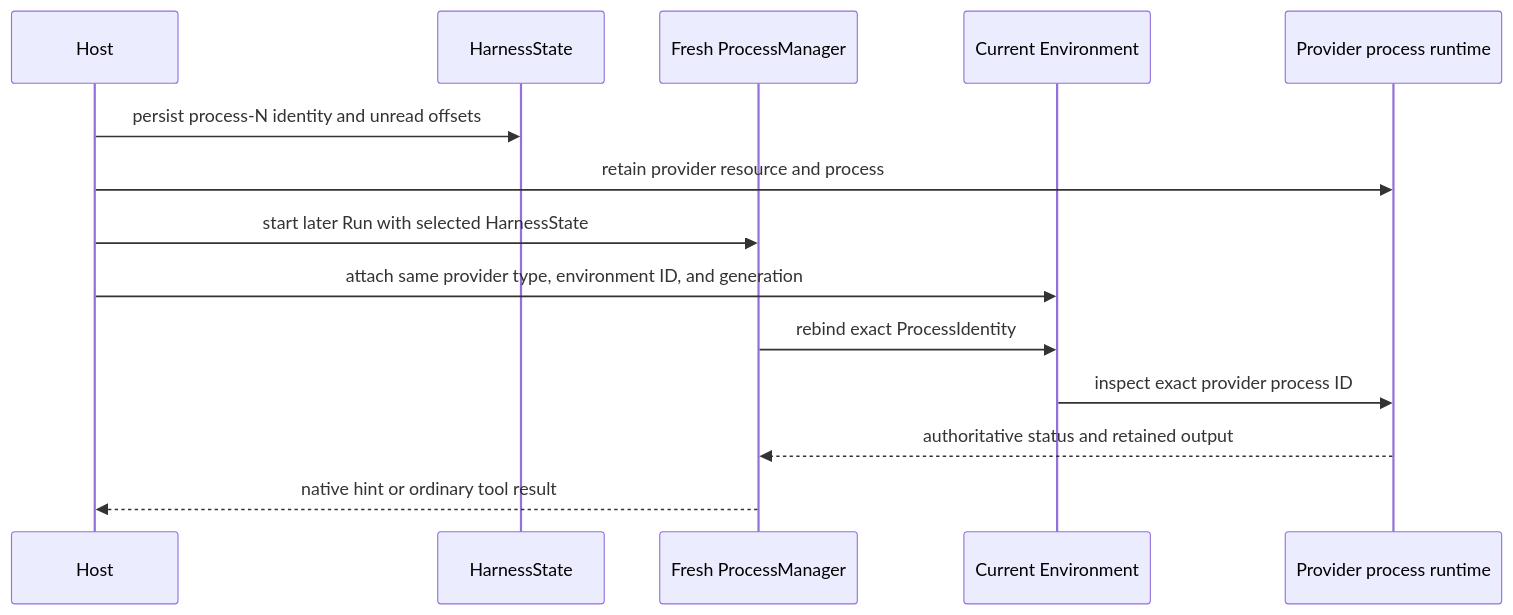
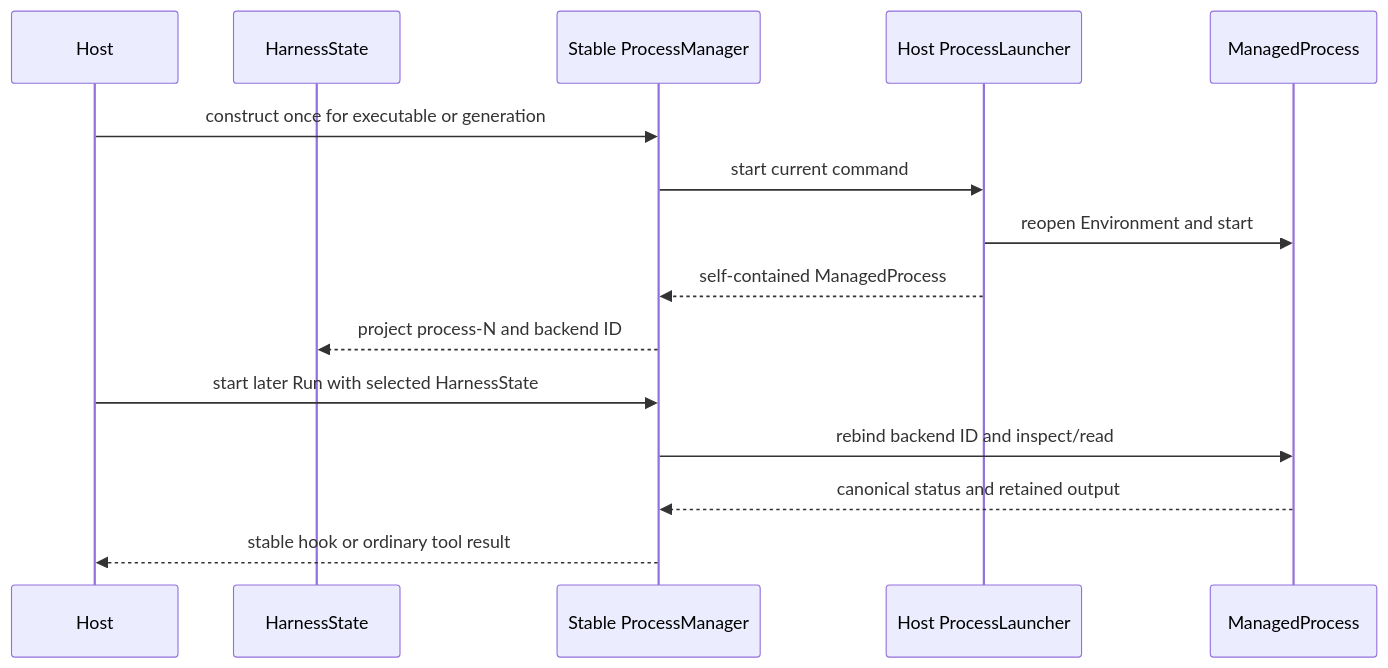
The second of 2 diagrams in docs/agent-harness/environments.md (LTThreeComma/agent-foundation), drawn with Mermaid before and after one commit. The commit also changed other lines of this file and 104 other files, not shown here.

````diff
--- a/docs/agent-harness/environments.md
+++ b/docs/agent-harness/environments.md
@@ -306,17 +326,18 @@
 ```mermaid
 sequenceDiagram
     participant Host
     participant State as HarnessState
-    participant Manager as Fresh ProcessManager
-    participant Env as Current Environment
-    participant Runtime as Provider process runtime
+    participant Manager as Stable ProcessManager
+    participant Launcher as Host ProcessLauncher
+    participant Process as ManagedProcess
 
-    Host->>State: persist process-N identity and unread offsets
-    Host->>Runtime: retain provider resource and process
+    Host->>Manager: construct once for executable or generation
+    Manager->>Launcher: start current command
+    Launcher->>Process: reopen Environment and start
+    Launcher-->>Manager: self-contained ManagedProcess
+    Manager-->>State: project process-N and backend ID
     Host->>Manager: start later Run with selected HarnessState
-    Host->>Env: attach same provider type, environment ID, and generation
-    Manager->>Env: rebind exact ProcessIdentity
-    Env->>Runtime: inspect exact provider process ID
-    Runtime-->>Manager: authoritative status and retained output
-    Manager-->>Host: native hint or ordinary tool result
+    Manager->>Process: rebind backend ID and inspect/read
+    Process-->>Manager: canonical status and retained output
+    Manager-->>Host: stable hook or ordinary tool result
 ```
````
